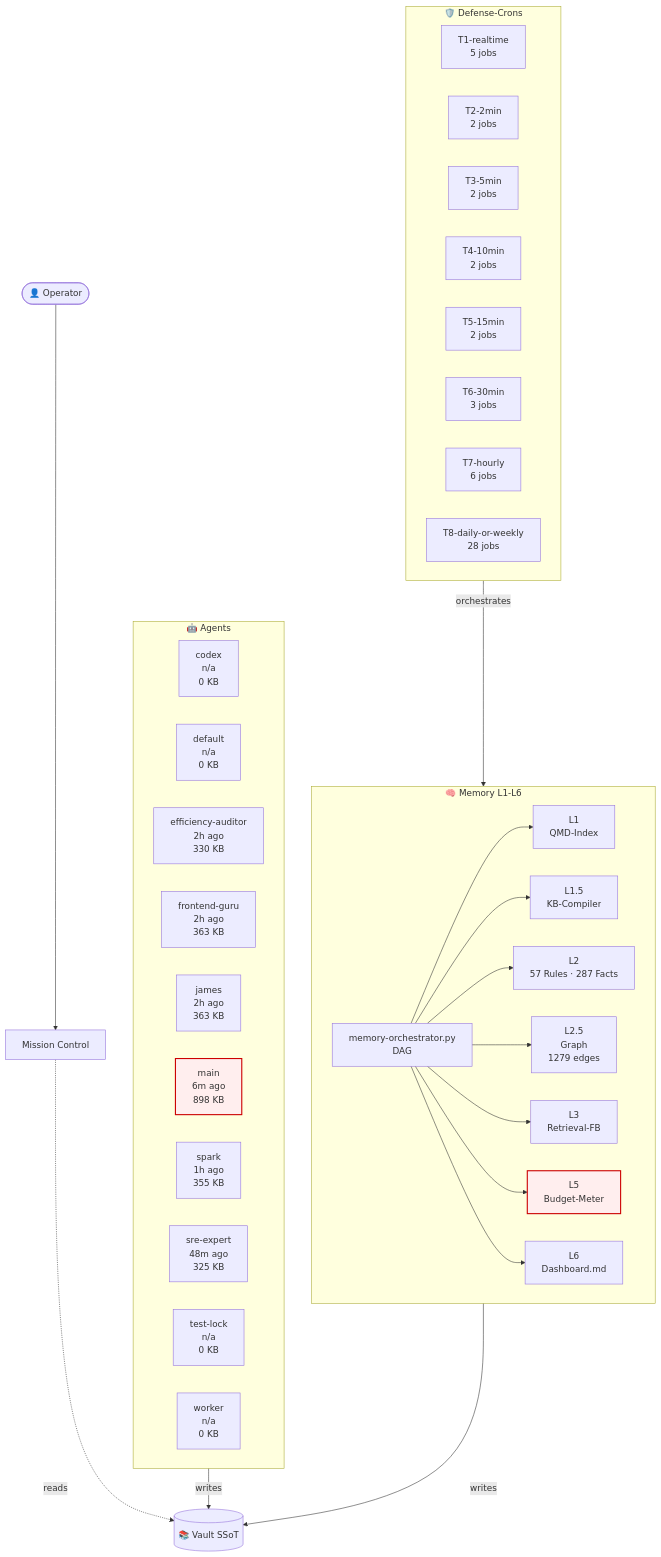
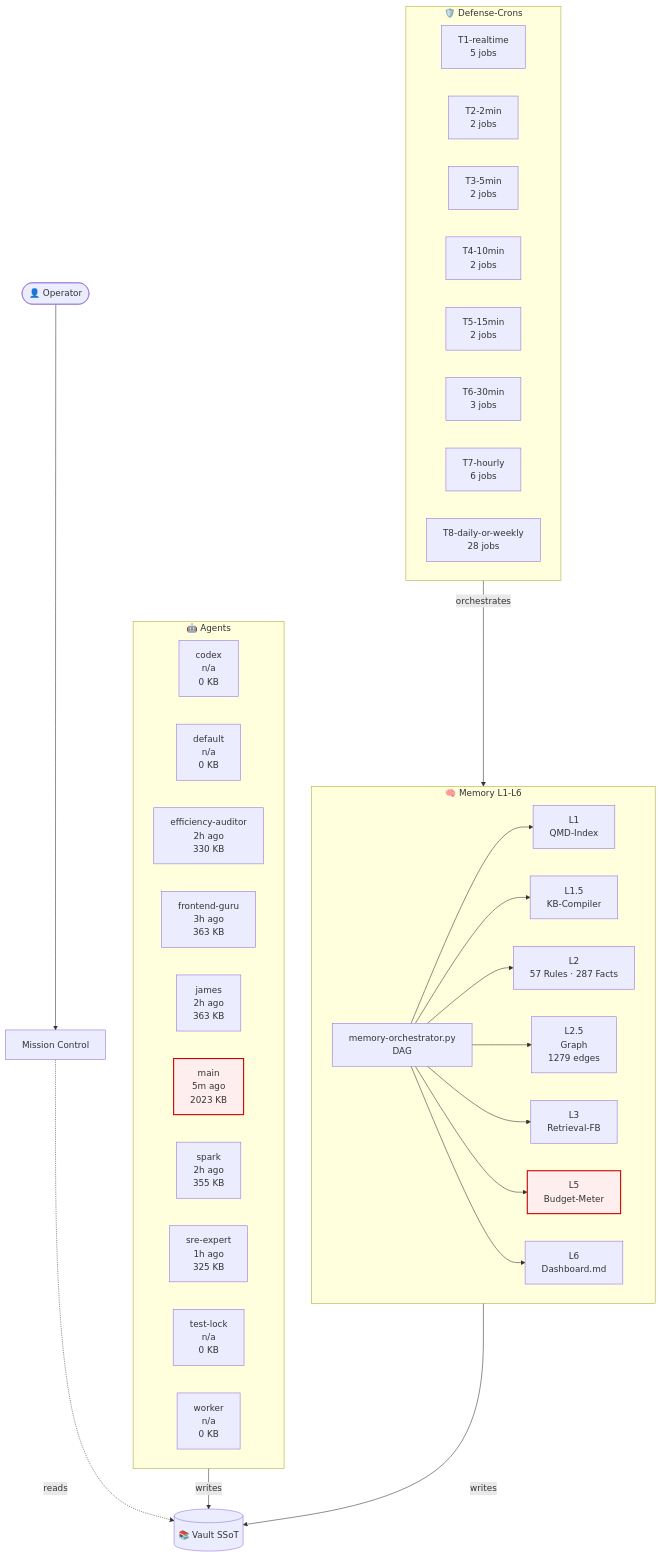
One commit to lenardhuebner88-rgb/openclaw-memory changed the diagram in 03-Agents/architecture-live.md. Above: the diagram before and after it, drawn with Mermaid. The commit also changed other lines of this file and 13 other files, not shown here.

````diff
--- a/03-Agents/architecture-live.md
+++ b/03-Agents/architecture-live.md
@@ -18,53 +18,53 @@
 ```mermaid
 flowchart TB
     classDef critical fill:#fee,stroke:#c00,stroke-width:2px;
     subgraph AGT["🤖 Agents"]
         agent_codex["codex<br/>n/a<br/>0 KB"]
         agent_default["default<br/>n/a<br/>0 KB"]
         agent_efficiency_auditor["efficiency-auditor<br/>2h ago<br/>330 KB"]
-        agent_frontend_guru["frontend-guru<br/>2h ago<br/>363 KB"]
+        agent_frontend_guru["frontend-guru<br/>3h ago<br/>363 KB"]
         agent_james["james<br/>2h ago<br/>363 KB"]
-        agent_main["main<br/>6m ago<br/>898 KB"]
-        agent_spark["spark<br/>1h ago<br/>355 KB"]
-        agent_sre_expert["sre-expert<br/>48m ago<br/>325 KB"]
+        agent_main["main<br/>5m ago<br/>2023 KB"]
+        agent_spark["spark<br/>2h ago<br/>355 KB"]
+        agent_sre_expert["sre-expert<br/>1h ago<br/>325 KB"]
         agent_test_lock["test-lock<br/>n/a<br/>0 KB"]
         agent_worker["worker<br/>n/a<br/>0 KB"]
     end
     subgraph MEM["🧠 Memory L1-L6"]
         L1["L1<br/>QMD-Index"]
         L15["L1.5<br/>KB-Compiler"]
         L2["L2<br/>57 Rules · 287 Facts"]
         L25["L2.5<br/>Graph<br/>1279 edges"]
         L3["L3<br/>Retrieval-FB"]
         L5["L5<br/>Budget-Meter"]
         L6["L6<br/>Dashboard.md"]
         ORCH["memory-orchestrator.py<br/>DAG"]
     end
     subgraph CRN["🛡️ Defense-Crons"]
         tier_T1_realtime["T1-realtime<br/>5 jobs"]
         tier_T2_2min["T2-2min<br/>2 jobs"]
         tier_T3_5min["T3-5min<br/>2 jobs"]
         tier_T4_10min["T4-10min<br/>2 jobs"]
         tier_T5_15min["T5-15min<br/>2 jobs"]
         tier_T6_30min["T6-30min<br/>3 jobs"]
         tier_T7_hourly["T7-hourly<br/>6 jobs"]
         tier_T8_daily_or_weekly["T8-daily-or-weekly<br/>28 jobs"]
     end
     VAULT[("📚 Vault SSoT")]
     OP([👤 Operator])
     MC["Mission Control"]
     OP --> MC
     MC -.reads.-> VAULT
     AGT -->|writes| VAULT
     MEM -->|writes| VAULT
     ORCH --> L1
     ORCH --> L15
     ORCH --> L2
     ORCH --> L25
     ORCH --> L3
     ORCH --> L5
     ORCH --> L6
     CRN -->|orchestrates| MEM
     class L5 critical
     class agent_main critical
 ```
````
